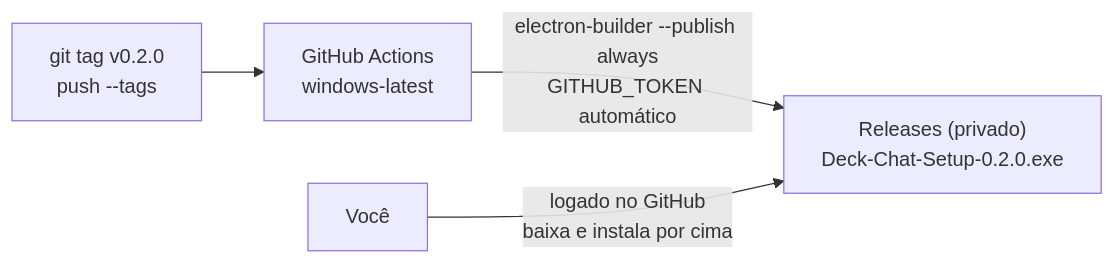
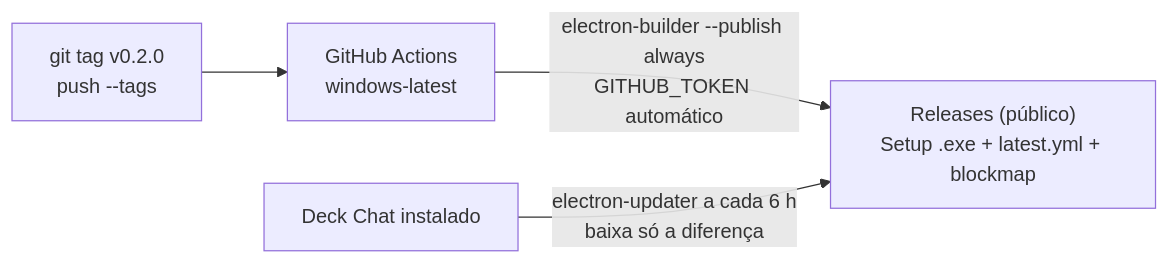
Before and after one commit to gabrlbp/deck-chat: the second of 2 diagrams in docs/TECHNICAL.md, drawn with Mermaid. The commit also changed other lines of this file and 27 other files, not shown here.

````diff
--- a/docs/TECHNICAL.md
+++ b/docs/TECHNICAL.md
@@ -215,6 +215,6 @@
 ```mermaid
 flowchart LR
     Dev["git tag v0.2.0<br/>push --tags"] --> GA["GitHub Actions<br/>windows-latest"]
-    GA -->|"electron-builder --publish always<br/>GITHUB_TOKEN automático"| R["Releases (privado)<br/>Deck-Chat-Setup-0.2.0.exe"]
-    Você -->|"logado no GitHub<br/>baixa e instala por cima"| R
+    GA -->|"electron-builder --publish always<br/>GITHUB_TOKEN automático"| R["Releases (público)<br/>Setup .exe + latest.yml + blockmap"]
+    App["Deck Chat instalado"] -->|"electron-updater a cada 6 h<br/>baixa só a diferença"| R
 ```
````
